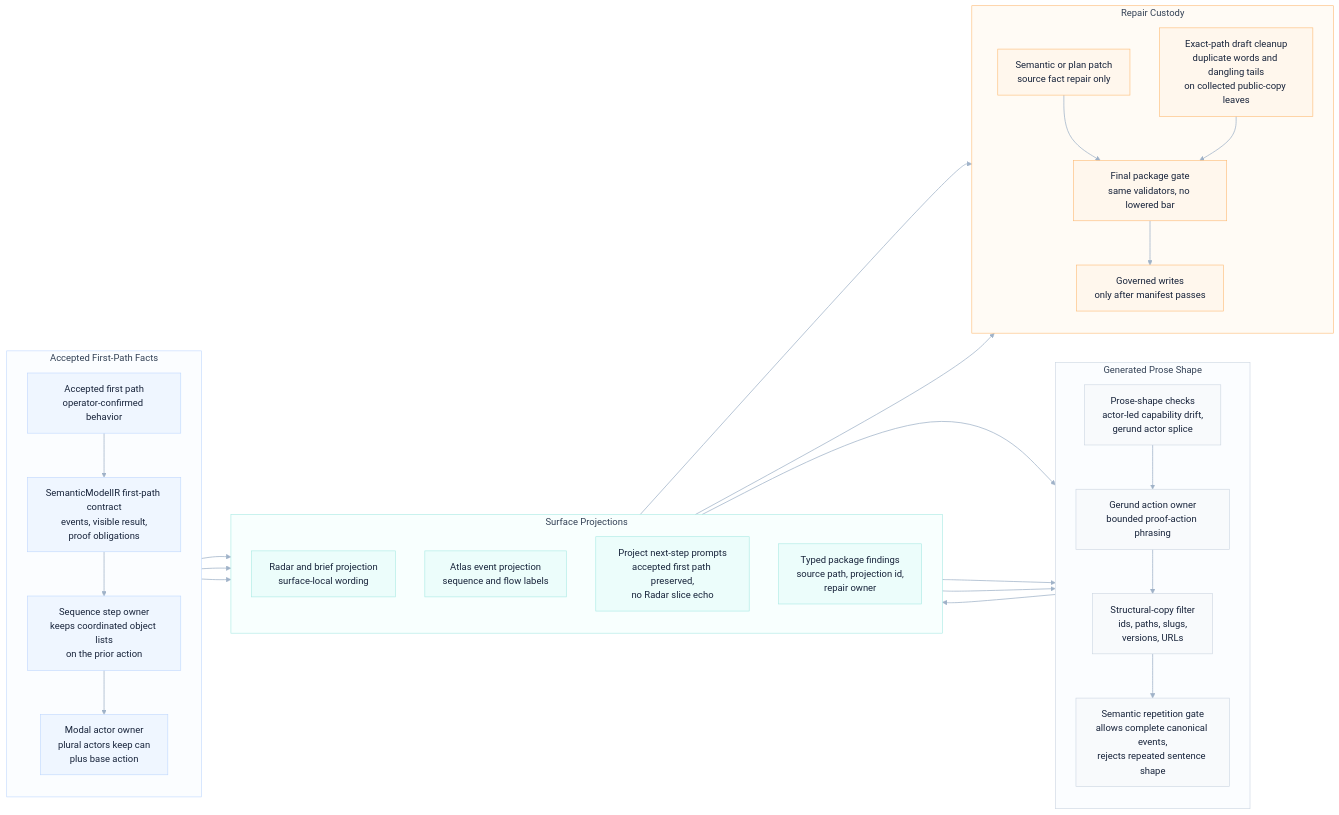
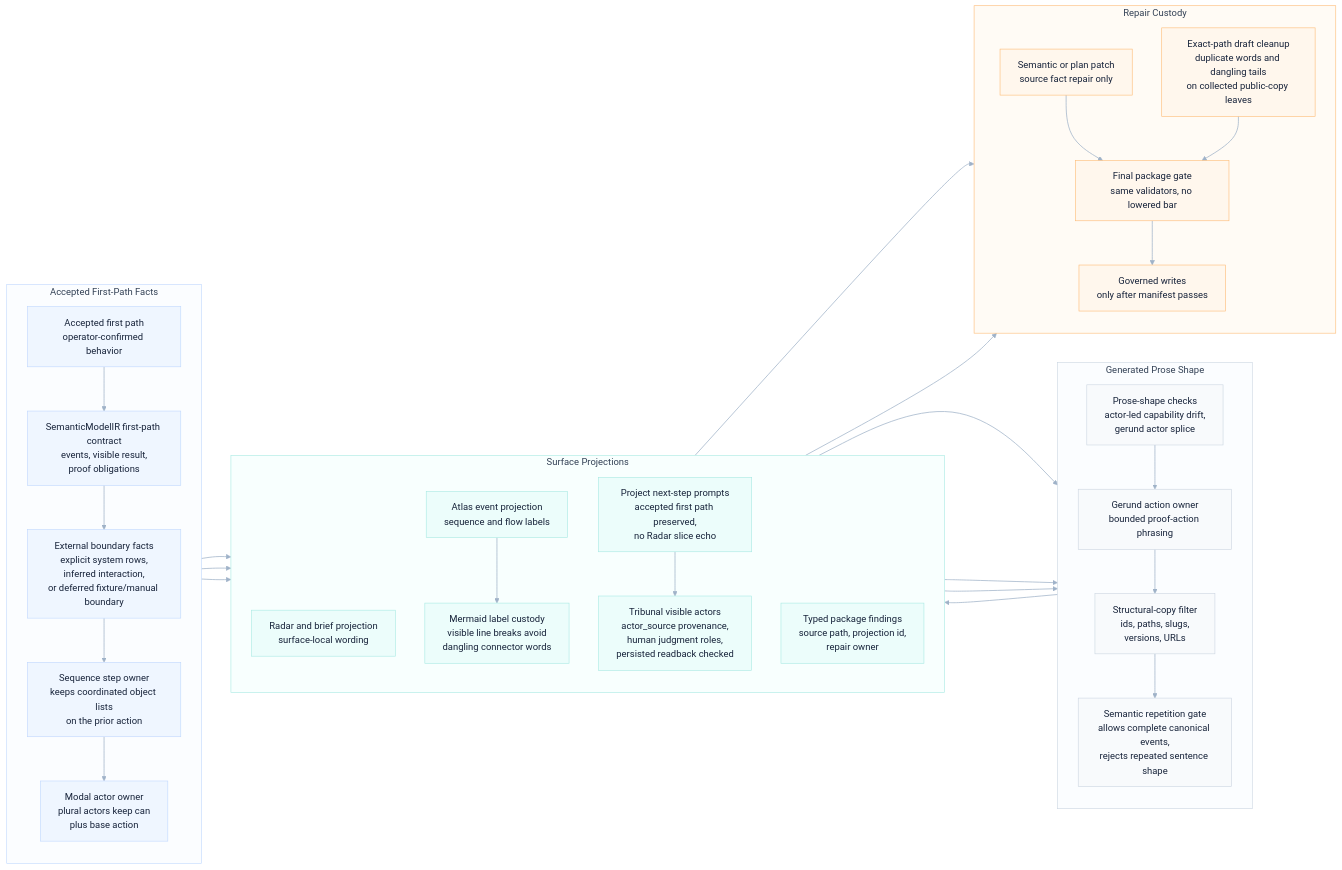
One commit to odylith/odylith changed the diagram in odylith/atlas/source/greenfield-first-path-semantic-copy-custody.mmd. Above: the diagram before and after it, drawn with Mermaid (forest theme). The commit also changed 96 other files, not shown here.

```diff
--- a/odylith/atlas/source/greenfield-first-path-semantic-copy-custody.mmd
+++ b/odylith/atlas/source/greenfield-first-path-semantic-copy-custody.mmd
@@ -1,66 +1,72 @@
 flowchart LR
     subgraph intent_lane["Accepted First-Path Facts"]
       direction TB
       accepted_path["Accepted first path<br/>operator-confirmed behavior"]
       semantic_contract["SemanticModelIR first-path contract<br/>events, visible result,<br/>proof obligations"]
+      external_boundary["External boundary facts<br/>explicit system rows,<br/>inferred interaction,<br/>or deferred fixture/manual boundary"]
       sequence_owner["Sequence step owner<br/>keeps coordinated object lists<br/>on the prior action"]
       modal_owner["Modal actor owner<br/>plural actors keep can<br/>plus base action"]
     end
 
     subgraph prose_lane["Generated Prose Shape"]
       direction TB
       shape_checks["Prose-shape checks<br/>actor-led capability drift,<br/>gerund actor splice"]
       gerund_owner["Gerund action owner<br/>bounded proof-action phrasing"]
       structural_filter["Structural-copy filter<br/>ids, paths, slugs,<br/>versions, URLs"]
       repetition_gate["Semantic repetition gate<br/>allows complete canonical events,<br/>rejects repeated sentence shape"]
     end
 
     subgraph projection_lane["Surface Projections"]
       direction TB
       radar_projection["Radar and brief projection<br/>surface-local wording"]
       atlas_projection["Atlas event projection<br/>sequence and flow labels"]
+      mermaid_label_custody["Mermaid label custody<br/>visible line breaks avoid<br/>dangling connector words"]
       next_step_prompts["Project next-step prompts<br/>accepted first path preserved,<br/>no Radar slice echo"]
+      tribunal_actors["Tribunal visible actors<br/>actor_source provenance,<br/>human judgment roles,<br/>persisted readback checked"]
       package_findings["Typed package findings<br/>source path, projection id,<br/>repair owner"]
     end
 
     subgraph repair_lane["Repair Custody"]
       direction TB
       semantic_plan_patch["Semantic or plan patch<br/>source fact repair only"]
       exact_draft_cleanup["Exact-path draft cleanup<br/>duplicate words and dangling tails<br/>on collected public-copy leaves"]
       final_gate["Final package gate<br/>same validators, no lowered bar"]
       governed_write["Governed writes<br/>only after manifest passes"]
     end
 
     accepted_path --> semantic_contract
-    semantic_contract --> sequence_owner
+    semantic_contract --> external_boundary
+    external_boundary --> sequence_owner
     sequence_owner --> modal_owner
     modal_owner --> radar_projection
     modal_owner --> atlas_projection
     modal_owner --> next_step_prompts
     radar_projection --> shape_checks
-    atlas_projection --> shape_checks
-    next_step_prompts --> shape_checks
+    atlas_projection --> mermaid_label_custody
+    mermaid_label_custody --> shape_checks
+    next_step_prompts --> tribunal_actors
+    tribunal_actors --> shape_checks
     shape_checks --> gerund_owner
     gerund_owner --> structural_filter
     structural_filter --> repetition_gate
     repetition_gate --> package_findings
     package_findings --> semantic_plan_patch
     package_findings --> exact_draft_cleanup
     semantic_plan_patch --> final_gate
     exact_draft_cleanup --> final_gate
     final_gate --> governed_write
 
     classDef intent fill:#EFF6FF,stroke:#BFD7FE,color:#17233A,stroke-width:1px;
     classDef prose fill:#F8FAFC,stroke:#CBD5E1,color:#17233A,stroke-width:1px;
     classDef projection fill:#ECFDFB,stroke:#A7E9E3,color:#17233A,stroke-width:1px;
     classDef repair fill:#FFF7ED,stroke:#FDBA74,color:#17233A,stroke-width:1px;
-    class accepted_path,semantic_contract,sequence_owner,modal_owner intent;
+    class accepted_path,semantic_contract,external_boundary,sequence_owner,modal_owner intent;
     class shape_checks,gerund_owner,structural_filter,repetition_gate prose;
-    class radar_projection,atlas_projection,next_step_prompts,package_findings projection;
+    class radar_projection,atlas_projection,mermaid_label_custody,next_step_prompts,tribunal_actors,package_findings projection;
     class semantic_plan_patch,exact_draft_cleanup,final_gate,governed_write repair;
 
     style intent_lane fill:#FBFDFF,stroke:#BFD7FE,stroke-width:1px,color:#334155
     style prose_lane fill:#FBFDFF,stroke:#CBD5E1,stroke-width:1px,color:#334155
     style projection_lane fill:#F8FFFE,stroke:#A7E9E3,stroke-width:1px,color:#334155
     style repair_lane fill:#FFFBF5,stroke:#FDBA74,stroke-width:1px,color:#334155
     linkStyle default stroke:#9FB2C8,stroke-width:1.25px
```
